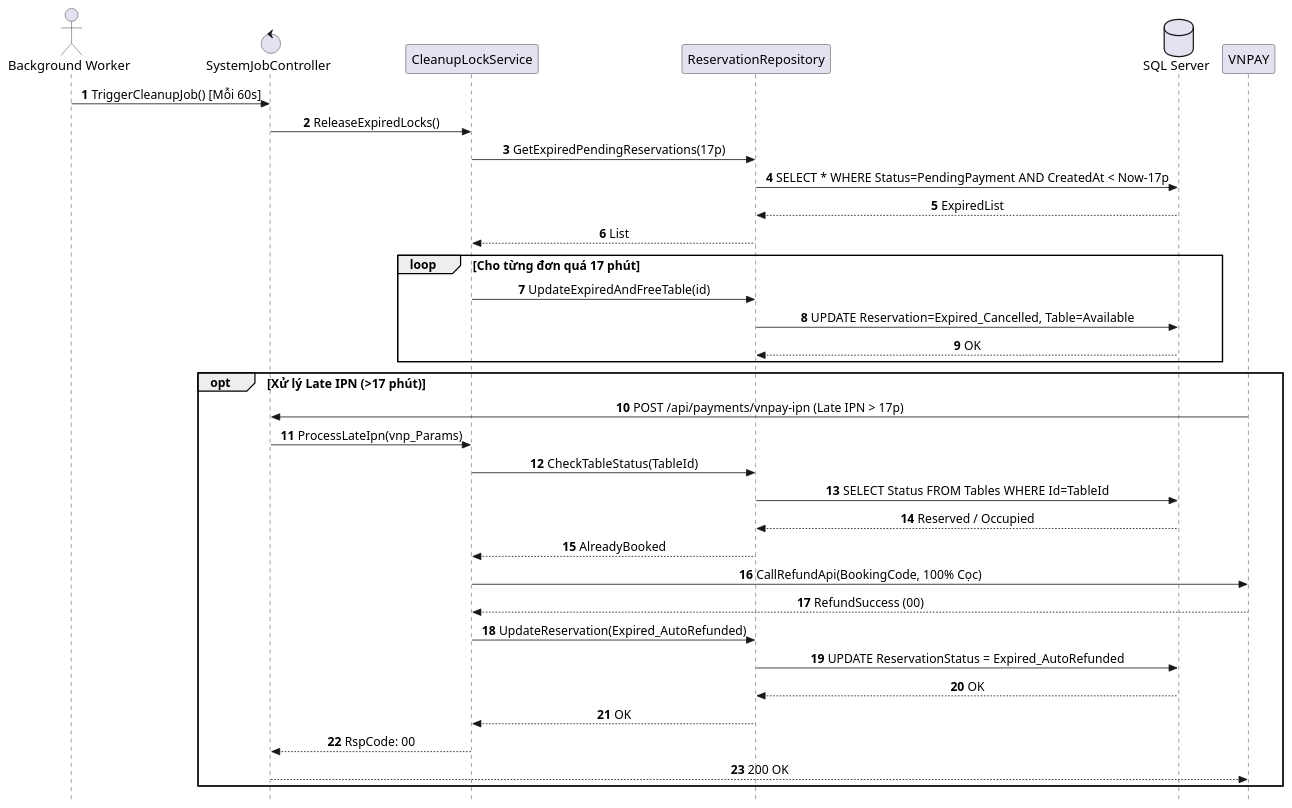
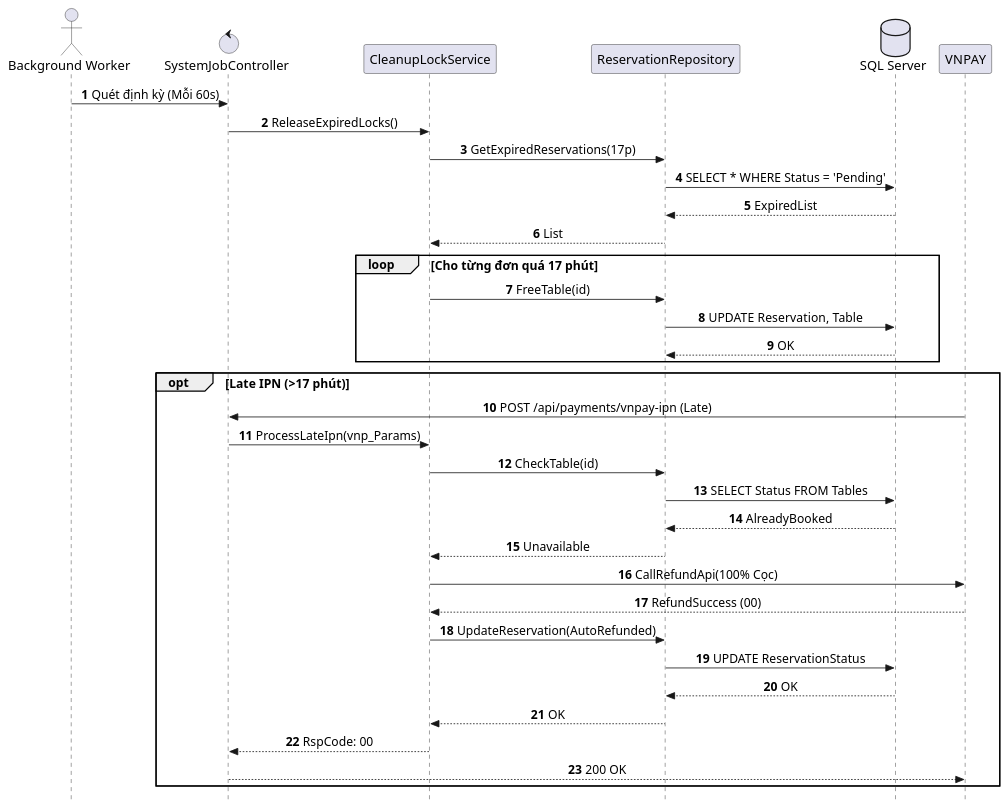
One commit to AndrewQng/VinDining changed the diagram in docs/puml/sequences/SD_UC_S1_Auto_Release_Expired_Lock.puml. Above: the diagram before and after it, drawn with PlantUML. The commit also changed 87 other files, not shown here.

Commit message:
docs: add phase 1 use case specifications, sequence diagrams, and architecture diagrams

```diff
--- a/docs/puml/sequences/SD_UC_S1_Auto_Release_Expired_Lock.puml
+++ b/docs/puml/sequences/SD_UC_S1_Auto_Release_Expired_Lock.puml
@@ -1,50 +1,50 @@
 @startuml SD_UC_S1_Auto_Release_Expired_Lock
 autonumber
 skinparam style strictuml
 skinparam sequenceMessageAlign center
 skinparam responseMessageBelowArrow true
 skinparam defaultFontName "Segoe UI", Arial, sans-serif
 skinparam defaultFontSize 16
 skinparam sequenceActorFontSize 16
 skinparam sequenceParticipantFontSize 16
 skinparam sequenceArrowFontSize 15
 skinparam sequenceGroupFontSize 15
 skinparam sequenceGroupHeaderFontSize 15
 
 actor "Background Worker" as Worker
 control "SystemJobController" as Controller
 participant "CleanupLockService" as Service
 participant "ReservationRepository" as Repo
 database "SQL Server" as DB
 participant "VNPAY" as VNPAY
 
-Worker -> Controller: TriggerCleanupJob() [Mỗi 60s]
+Worker -> Controller: Quét định kỳ (Mỗi 60s)
 Controller -> Service: ReleaseExpiredLocks()
-Service -> Repo: GetExpiredPendingReservations(17p)
-Repo -> DB: SELECT * WHERE Status=PendingPayment AND CreatedAt < Now-17p
+Service -> Repo: GetExpiredReservations(17p)
+Repo -> DB: SELECT * WHERE Status = 'Pending'
 DB --> Repo: ExpiredList
 Repo --> Service: List
 
 loop Cho từng đơn quá 17 phút
-    Service -> Repo: UpdateExpiredAndFreeTable(id)
-    Repo -> DB: UPDATE Reservation=Expired_Cancelled, Table=Available
+    Service -> Repo: FreeTable(id)
+    Repo -> DB: UPDATE Reservation, Table
     DB --> Repo: OK
 end
 
-opt Xử lý Late IPN (>17 phút)
-    VNPAY -> Controller: POST /api/payments/vnpay-ipn (Late IPN > 17p)
+opt Late IPN (>17 phút)
+    VNPAY -> Controller: POST /api/payments/vnpay-ipn (Late)
     Controller -> Service: ProcessLateIpn(vnp_Params)
-    Service -> Repo: CheckTableStatus(TableId)
-    Repo -> DB: SELECT Status FROM Tables WHERE Id=TableId
-    DB --> Repo: Reserved / Occupied
-    Repo --> Service: AlreadyBooked
-    Service -> VNPAY: CallRefundApi(BookingCode, 100% Cọc)
+    Service -> Repo: CheckTable(id)
+    Repo -> DB: SELECT Status FROM Tables
+    DB --> Repo: AlreadyBooked
+    Repo --> Service: Unavailable
+    Service -> VNPAY: CallRefundApi(100% Cọc)
     VNPAY --> Service: RefundSuccess (00)
-    Service -> Repo: UpdateReservation(Expired_AutoRefunded)
-    Repo -> DB: UPDATE ReservationStatus = Expired_AutoRefunded
+    Service -> Repo: UpdateReservation(AutoRefunded)
+    Repo -> DB: UPDATE ReservationStatus
     DB --> Repo: OK
     Repo --> Service: OK
     Service --> Controller: RspCode: 00
     Controller --> VNPAY: 200 OK
 end
 @enduml
```
